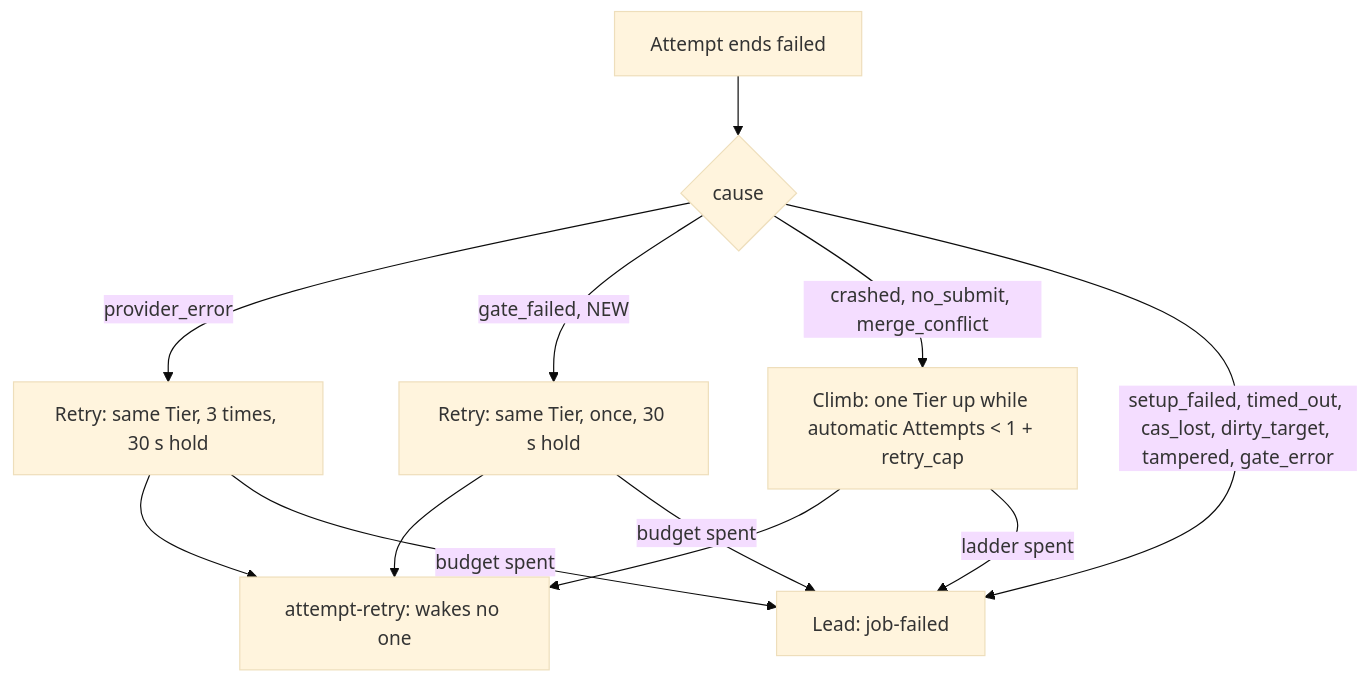
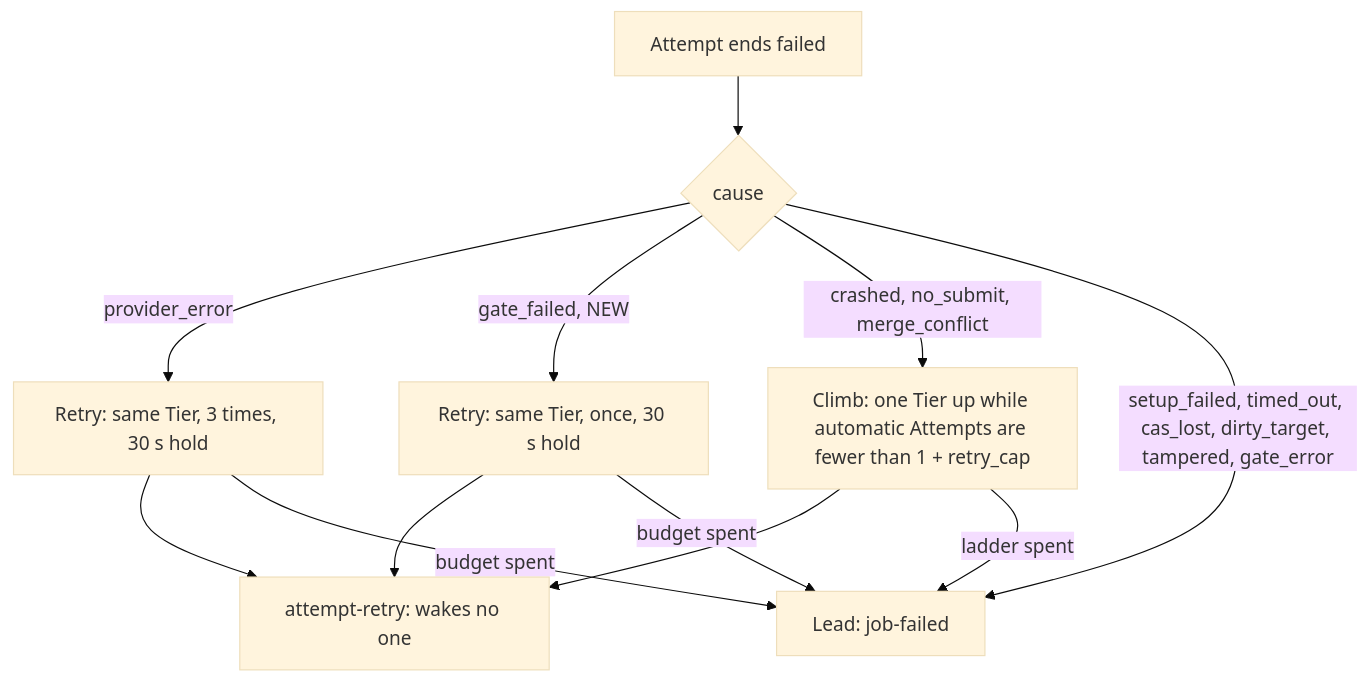
Before and after one commit to clayton-duarte/cpd: the diagram in docs/research/rfm-board-routing.md, drawn with Mermaid (base theme). The commit also changed other lines of this file, not shown here.

````diff
--- a/docs/research/rfm-board-routing.md
+++ b/docs/research/rfm-board-routing.md
@@ -1263,14 +1277,14 @@
 ```mermaid
 flowchart TD
   A[Attempt ends failed] --> B{cause}
   B -->|provider_error| R1[Retry: same Tier, 3 times, 30 s hold]
   B -->|gate_failed, NEW| R2[Retry: same Tier, once, 30 s hold]
-  B -->|crashed, no_submit, merge_conflict| C1[Climb: one Tier up while automatic Attempts < 1 + retry_cap]
+  B -->|crashed, no_submit, merge_conflict| C1[Climb: one Tier up while automatic Attempts are fewer than 1 + retry_cap]
   B -->|setup_failed, timed_out, cas_lost, dirty_target, tampered, gate_error| L1[Lead: job-failed]
   R1 --> Q[attempt-retry: wakes no one]
   R2 --> Q
   C1 --> Q
   R1 -->|budget spent| L1
   R2 -->|budget spent| L1
   C1 -->|ladder spent| L1
 ```
````
